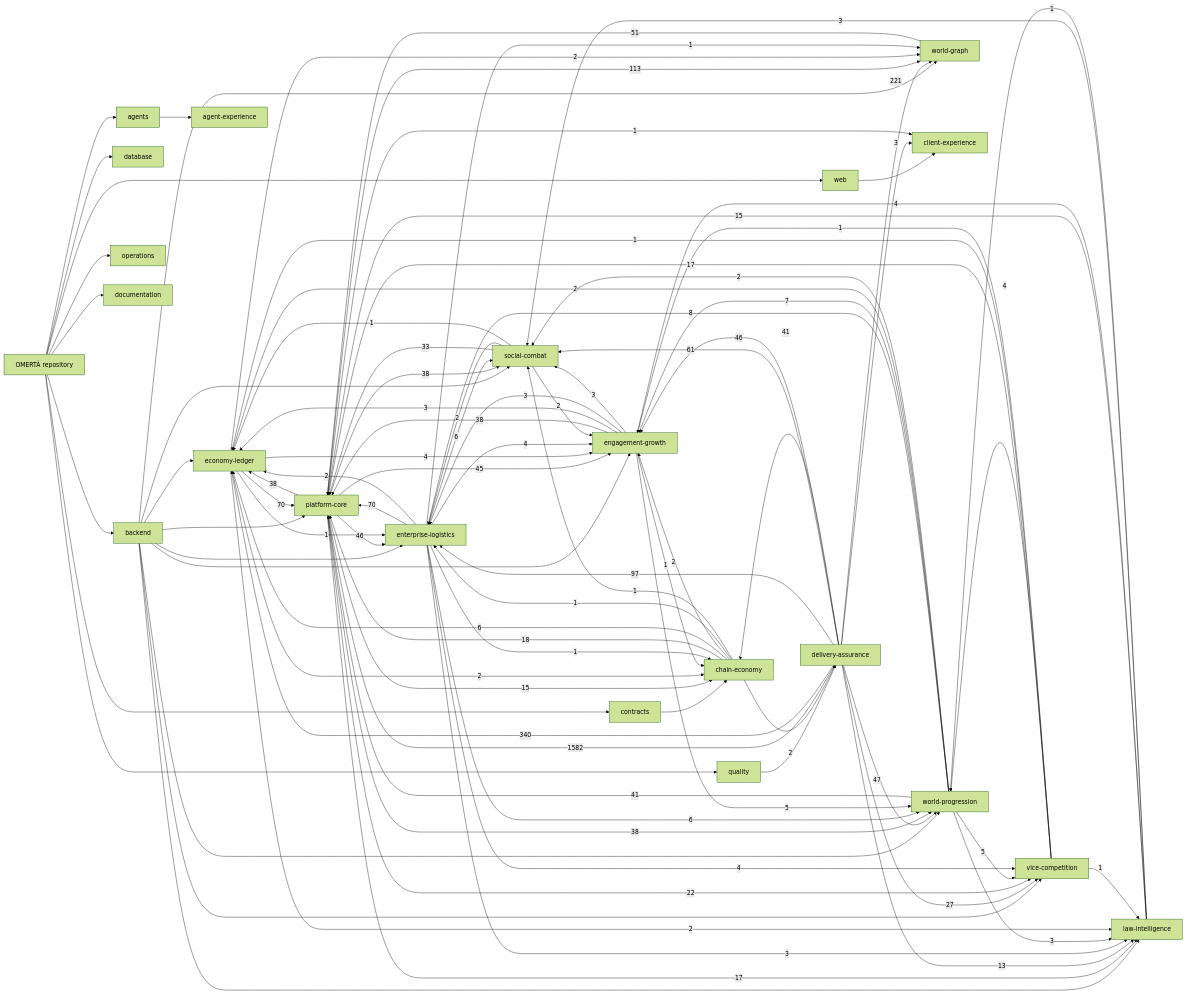
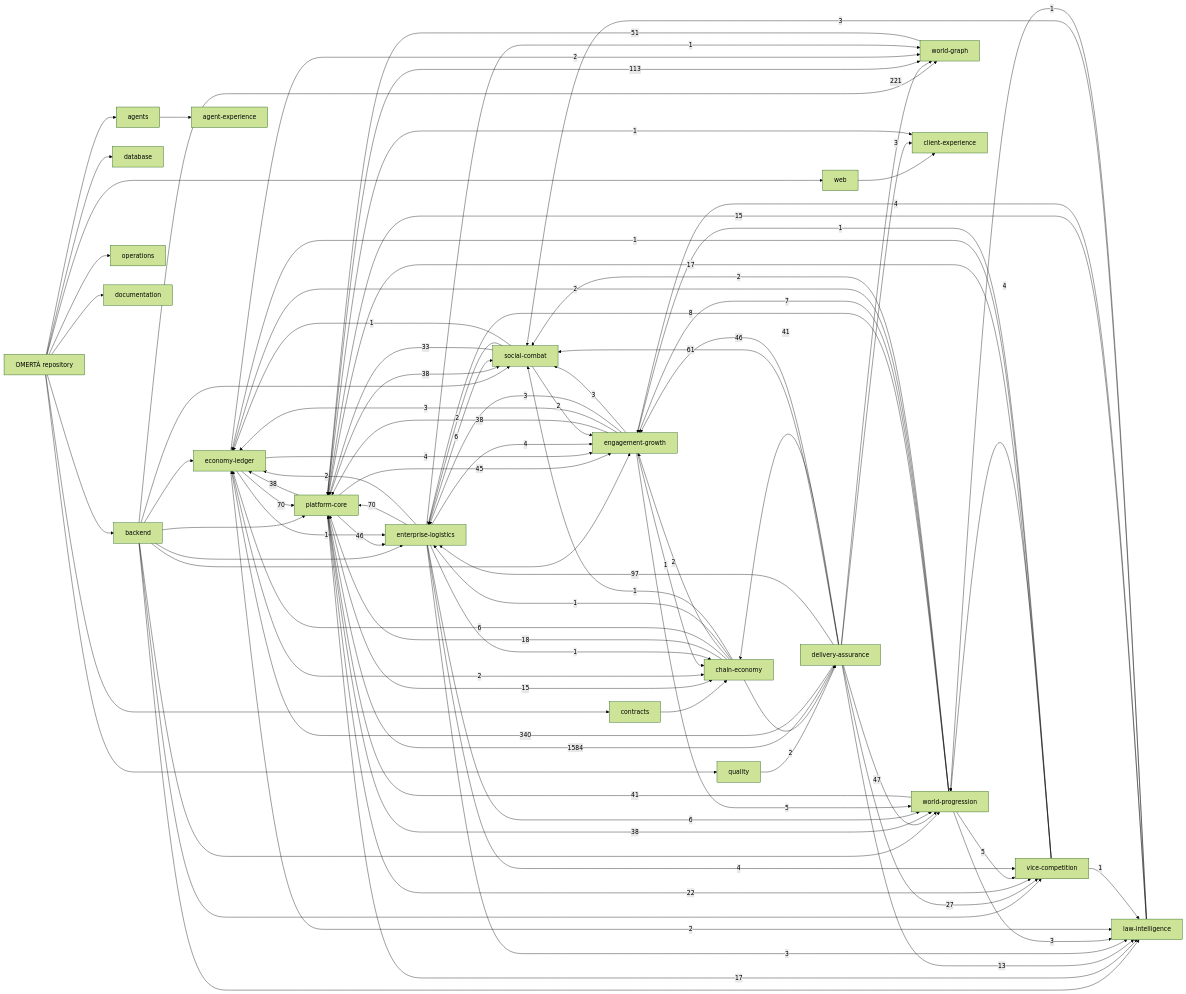
Before and after one commit to OmertaDev/Omerta: the diagram in knowledge/generated/graph.mmd, drawn with Mermaid (forest theme). The commit also changed 6 other files, not shown here.

```diff
--- a/knowledge/generated/graph.mmd
+++ b/knowledge/generated/graph.mmd
@@ -1,113 +1,113 @@
 flowchart LR
   repo["OMERTÀ repository"]
   sub_backend["backend"]
   repo --> sub_backend
   sub_database["database"]
   repo --> sub_database
   sub_web["web"]
   repo --> sub_web
   sub_contracts["contracts"]
   repo --> sub_contracts
   sub_agents["agents"]
   repo --> sub_agents
   sub_quality["quality"]
   repo --> sub_quality
   sub_operations["operations"]
   repo --> sub_operations
   sub_documentation["documentation"]
   repo --> sub_documentation
   dom_platform-core["platform-core"]
   dom_economy-ledger["economy-ledger"]
   dom_social-combat["social-combat"]
   dom_world-progression["world-progression"]
   dom_world-graph["world-graph"]
   dom_enterprise-logistics["enterprise-logistics"]
   dom_vice-competition["vice-competition"]
   dom_law-intelligence["law-intelligence"]
   dom_chain-economy["chain-economy"]
   dom_engagement-growth["engagement-growth"]
   dom_client-experience["client-experience"]
   dom_agent-experience["agent-experience"]
   dom_delivery-assurance["delivery-assurance"]
   sub_agents --> dom_agent-experience
   sub_backend --> dom_economy-ledger
   sub_backend --> dom_engagement-growth
   sub_backend --> dom_enterprise-logistics
   sub_backend --> dom_law-intelligence
   sub_backend --> dom_platform-core
   sub_backend --> dom_social-combat
   sub_backend --> dom_vice-competition
   sub_backend --> dom_world-graph
   sub_backend --> dom_world-progression
   sub_contracts --> dom_chain-economy
   sub_quality --> dom_delivery-assurance
   sub_web --> dom_client-experience
-  dom_delivery-assurance -->|1582| dom_platform-core
+  dom_delivery-assurance -->|1584| dom_platform-core
   dom_delivery-assurance -->|340| dom_economy-ledger
   dom_delivery-assurance -->|221| dom_world-graph
   dom_platform-core -->|113| dom_world-graph
   dom_delivery-assurance -->|97| dom_enterprise-logistics
   dom_economy-ledger -->|70| dom_platform-core
   dom_enterprise-logistics -->|70| dom_platform-core
   dom_delivery-assurance -->|61| dom_social-combat
   dom_world-graph -->|51| dom_platform-core
   dom_delivery-assurance -->|47| dom_world-progression
   dom_delivery-assurance -->|46| dom_engagement-growth
   dom_platform-core -->|46| dom_enterprise-logistics
   dom_platform-core -->|45| dom_engagement-growth
   dom_delivery-assurance -->|41| dom_chain-economy
   dom_world-progression -->|41| dom_platform-core
   dom_engagement-growth -->|38| dom_platform-core
   dom_platform-core -->|38| dom_economy-ledger
   dom_platform-core -->|38| dom_social-combat
   dom_platform-core -->|38| dom_world-progression
   dom_social-combat -->|33| dom_platform-core
   dom_delivery-assurance -->|27| dom_vice-competition
   dom_platform-core -->|22| dom_vice-competition
   dom_chain-economy -->|18| dom_platform-core
   dom_platform-core -->|17| dom_law-intelligence
   dom_vice-competition -->|17| dom_platform-core
   dom_law-intelligence -->|15| dom_platform-core
   dom_platform-core -->|15| dom_chain-economy
   dom_delivery-assurance -->|13| dom_law-intelligence
   dom_world-progression -->|8| dom_enterprise-logistics
   dom_world-progression -->|7| dom_engagement-growth
   dom_chain-economy -->|6| dom_economy-ledger
   dom_enterprise-logistics -->|6| dom_social-combat
   dom_enterprise-logistics -->|6| dom_world-progression
   dom_engagement-growth -->|5| dom_world-progression
   dom_world-progression -->|5| dom_vice-competition
   dom_economy-ledger -->|4| dom_engagement-growth
   dom_enterprise-logistics -->|4| dom_engagement-growth
   dom_enterprise-logistics -->|4| dom_vice-competition
   dom_law-intelligence -->|4| dom_engagement-growth
   dom_vice-competition -->|4| dom_world-progression
   dom_delivery-assurance -->|3| dom_client-experience
   dom_engagement-growth -->|3| dom_economy-ledger
   dom_engagement-growth -->|3| dom_enterprise-logistics
   dom_engagement-growth -->|3| dom_social-combat
   dom_enterprise-logistics -->|3| dom_law-intelligence
   dom_law-intelligence -->|3| dom_social-combat
   dom_world-progression -->|3| dom_law-intelligence
   dom_chain-economy -->|2| dom_delivery-assurance
   dom_chain-economy -->|2| dom_engagement-growth
   dom_economy-ledger -->|2| dom_chain-economy
   dom_economy-ledger -->|2| dom_law-intelligence
   dom_economy-ledger -->|2| dom_world-graph
   dom_enterprise-logistics -->|2| dom_economy-ledger
   dom_social-combat -->|2| dom_engagement-growth
   dom_social-combat -->|2| dom_enterprise-logistics
   dom_world-progression -->|2| dom_economy-ledger
   dom_world-progression -->|2| dom_social-combat
   dom_chain-economy -->|1| dom_enterprise-logistics
   dom_chain-economy -->|1| dom_social-combat
   dom_economy-ledger -->|1| dom_enterprise-logistics
   dom_engagement-growth -->|1| dom_chain-economy
   dom_enterprise-logistics -->|1| dom_chain-economy
   dom_enterprise-logistics -->|1| dom_world-graph
   dom_law-intelligence -->|1| dom_world-progression
   dom_platform-core -->|1| dom_client-experience
   dom_social-combat -->|1| dom_economy-ledger
   dom_vice-competition -->|1| dom_economy-ledger
   dom_vice-competition -->|1| dom_engagement-growth
   dom_vice-competition -->|1| dom_law-intelligence
```
